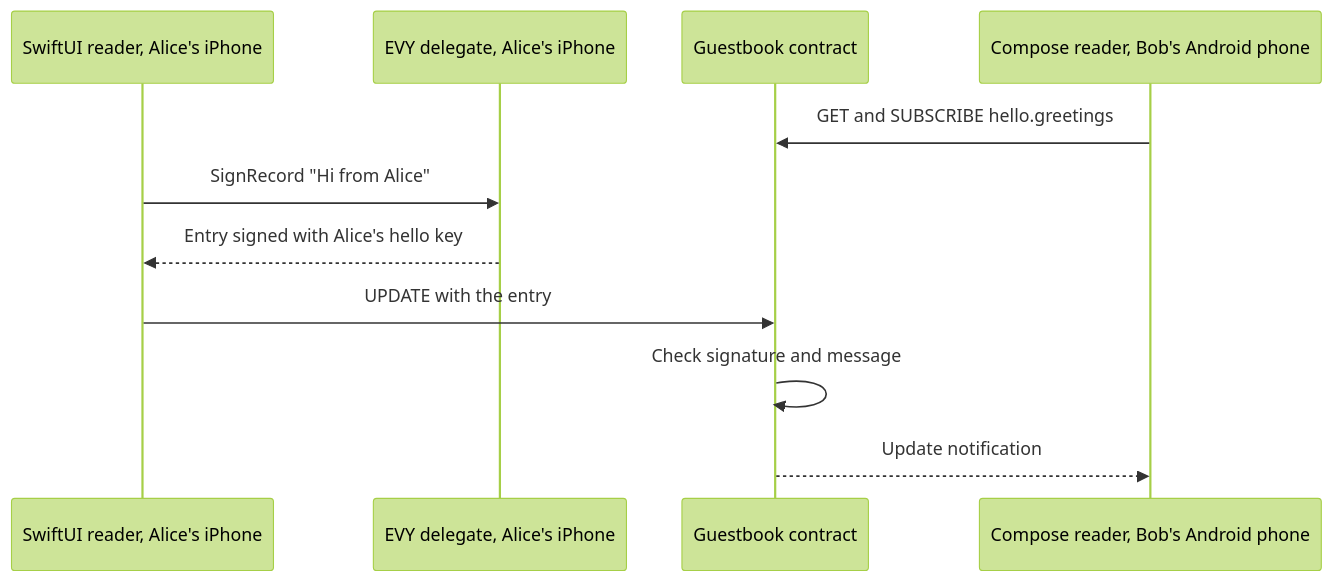
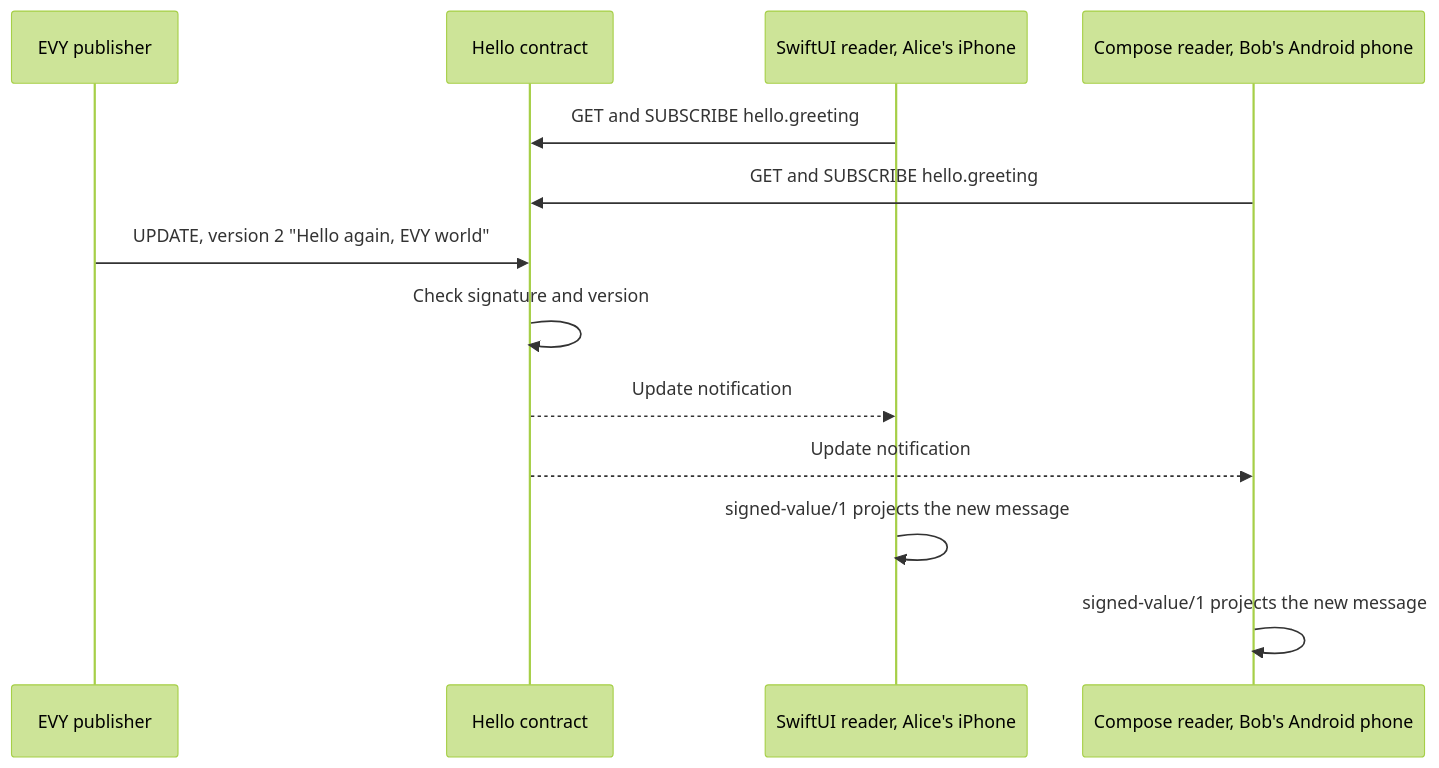
One commit to EVY-Platform/evy-freenet-plans changed the first of 3 diagrams in 2-evy-on-freenet/04-data-and-actions.md. Above: the diagram before and after it, drawn with Mermaid (forest theme). The commit also changed other lines of this file and 34 other files, not shown here.

````diff
--- a/2-evy-on-freenet/04-data-and-actions.md
+++ b/2-evy-on-freenet/04-data-and-actions.md
@@ -23,13 +29,15 @@
 ```mermaid
 sequenceDiagram
+    participant Pub as EVY publisher
+    participant H as Hello contract
     participant A as SwiftUI reader, Alice's iPhone
-    participant D as EVY delegate, Alice's iPhone
-    participant G as Guestbook contract
     participant B as Compose reader, Bob's Android phone
-    B->>G: GET and SUBSCRIBE hello.greetings
-    A->>D: SignRecord "Hi from Alice"
-    D-->>A: Entry signed with Alice's hello key
-    A->>G: UPDATE with the entry
-    G->>G: Check signature and message
-    G-->>B: Update notification
+    A->>H: GET and SUBSCRIBE hello.greeting
+    B->>H: GET and SUBSCRIBE hello.greeting
+    Pub->>H: UPDATE, version 2 "Hello again, EVY world"
+    H->>H: Check signature and version
+    H-->>A: Update notification
+    H-->>B: Update notification
+    A->>A: signed-value/1 projects the new message
+    B->>B: signed-value/1 projects the new message
 ```
````
